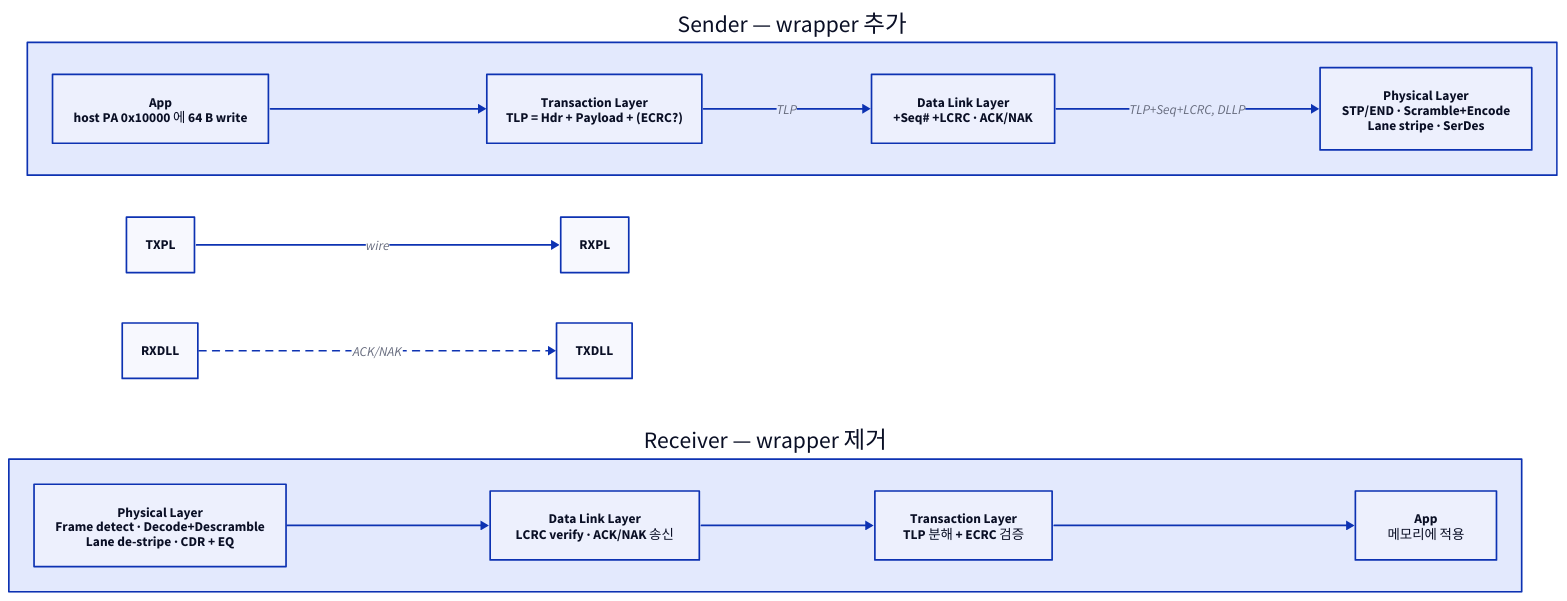
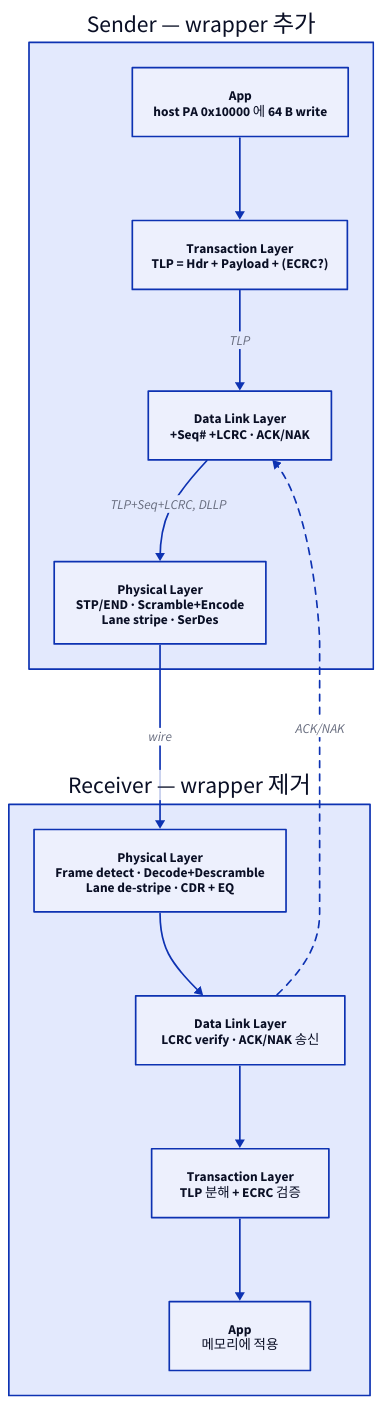
Before and after one commit to humbleowl39/DV_SKOOL: the first of 9 diagrams in topics/pcie/docs/02_layer_architecture.md, drawn with D2. The commit also changed other lines of this file and 90 other files, not shown here.

First line of the commit message:
docs: 전 토픽 다이어그램 정비 — ASCII→D2, mermaid→D2, 과대 D2 가시성 수정

````diff
--- a/topics/pcie/docs/02_layer_architecture.md
+++ b/topics/pcie/docs/02_layer_architecture.md
@@ -80,26 +80,26 @@
 ```d2
-direction: right
+direction: down
 
 TX: "Sender — wrapper 추가" {
   direction: down
   TXAPP: "App\nhost PA 0x10000 에 64 B write"
   TXTL: "Transaction Layer\nTLP = Hdr + Payload + (ECRC?)"
   TXDLL: "Data Link Layer\n+Seq# +LCRC · ACK/NAK"
   TXPL: "Physical Layer\nSTP/END · Scramble+Encode\nLane stripe · SerDes"
   TXAPP -> TXTL
   TXTL -> TXDLL: "TLP"
   TXDLL -> TXPL: "TLP+Seq+LCRC, DLLP"
 }
 RX: "Receiver — wrapper 제거" {
   direction: down
   RXPL: "Physical Layer\nFrame detect · Decode+Descramble\nLane de-stripe · CDR + EQ"
   RXDLL: "Data Link Layer\nLCRC verify · ACK/NAK 송신"
   RXTL: "Transaction Layer\nTLP 분해 + ECRC 검증"
   RXAPP: "App\n메모리에 적용"
   RXPL -> RXDLL
   RXDLL -> RXTL
   RXTL -> RXAPP
 }
-TXPL -> RXPL: "wire"
-RXDLL -> TXDLL: "ACK/NAK" { style.stroke-dash: 4 }
+TX.TXPL -> RX.RXPL: "wire"
+RX.RXDLL -> TX.TXDLL: "ACK/NAK" { style.stroke-dash: 4 }
 ```
````
